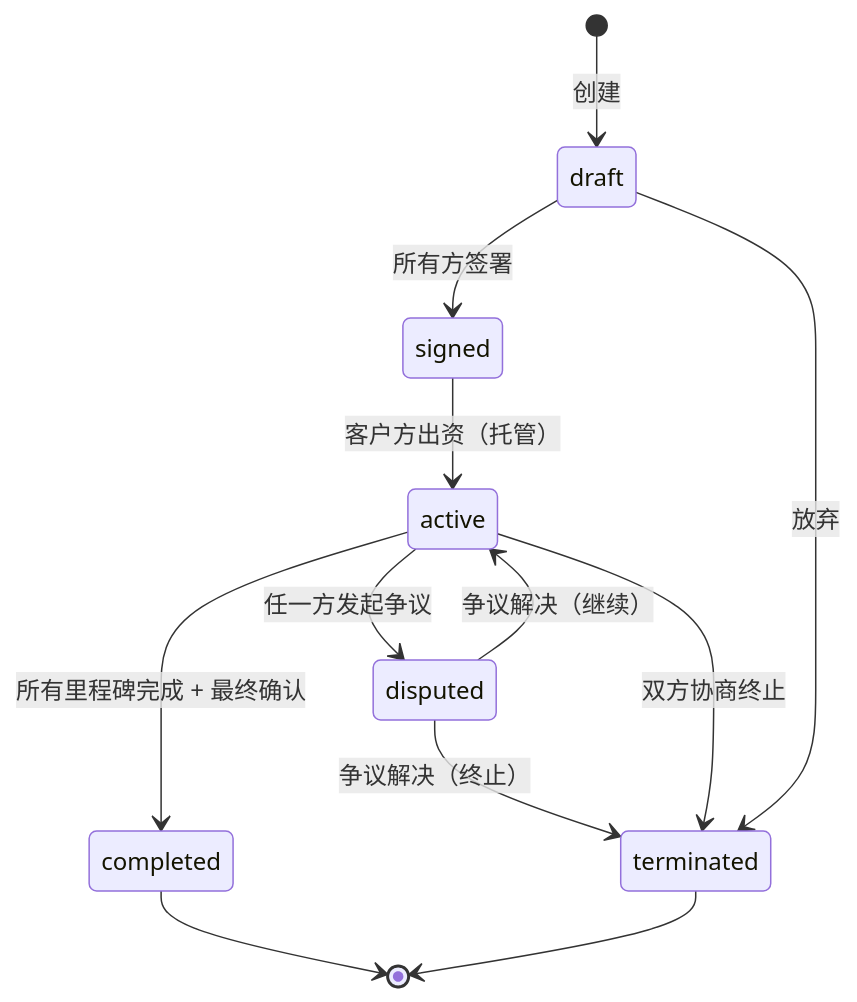
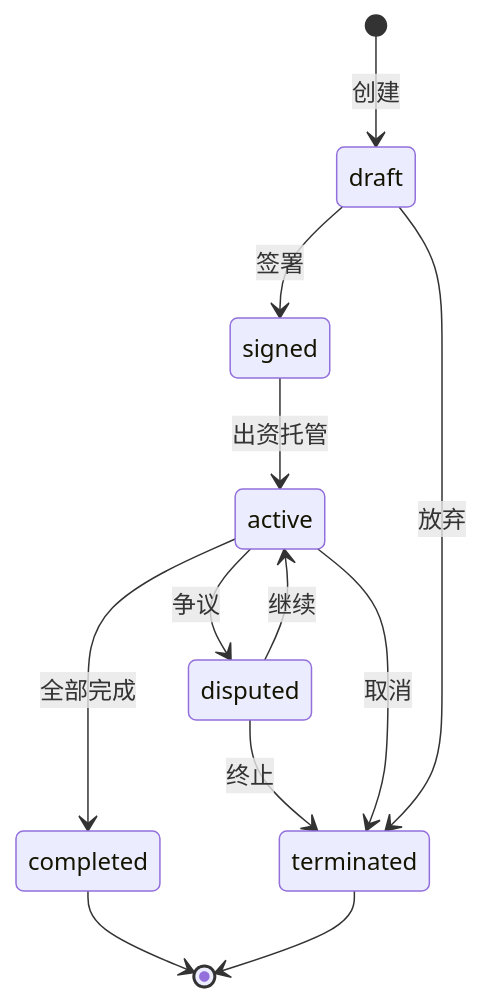
Before and after one commit to claw-network/clawnet: the first of 3 diagrams in packages/docs/content/docs/getting-started/core-concepts/service-contracts.zh.md, drawn with Mermaid. The commit also changed other lines of this file and 14 other files, not shown here.

First line of the commit message:
Refactor diagrams and improve clarity in DAO, Identity, Markets, Reputation, Service Contracts, and Wallet documentation

````diff
--- a/packages/docs/content/docs/getting-started/core-concepts/service-contracts.zh.md
+++ b/packages/docs/content/docs/getting-started/core-concepts/service-contracts.zh.md
@@ -42,14 +42,14 @@
 ```mermaid
 stateDiagram-v2
-    [*] --> draft: 创建
-    draft --> signed: 所有方签署
-    signed --> active: 客户方出资（托管）
-    active --> completed: 所有里程碑完成 + 最终确认
-    active --> disputed: 任一方发起争议
-    disputed --> active: 争议解决（继续）
-    disputed --> terminated: 争议解决（终止）
-    active --> terminated: 双方协商终止
-    draft --> terminated: 放弃
+    [*] --> draft : 创建
+    draft --> signed : 签署
+    signed --> active : 出资托管
+    active --> completed : 全部完成
+    active --> disputed : 争议
+    disputed --> active : 继续
+    disputed --> terminated : 终止
+    active --> terminated : 取消
+    draft --> terminated : 放弃
     completed --> [*]
     terminated --> [*]
 ```
````
